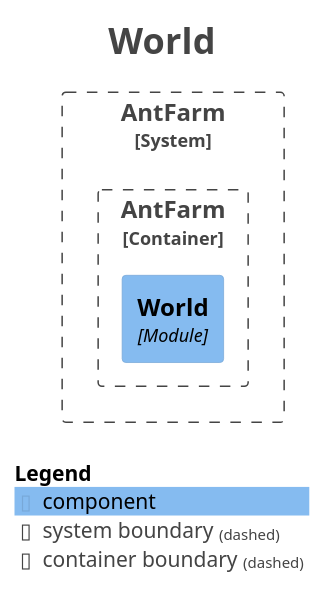
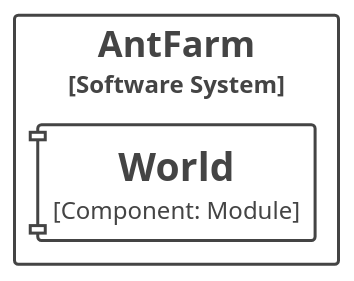
The diagram in src/main/resources/static/docs/module-world.puml (BlockCat/ddd-ants), drawn with PlantUML before and after one commit. The commit also changed 57 other files, not shown here.

```diff
--- a/src/main/resources/static/docs/module-world.puml
+++ b/src/main/resources/static/docs/module-world.puml
@@ -1,27 +1,45 @@
 @startuml
-title <size:24>World</size>
 
 set separator none
 top to bottom direction
+hide stereotype
+
+skinparam {
+  componentStyle uml1
+}
 
 <style>
   root {
-    BackgroundColor: #ffffff
-    FontColor: #444444
+    BackgroundColor: #ffffff;
+    FontColor: #444444;
+  }
+  // Element,Component
+  .Element-RWxlbWVudCxDb21wb25lbnQ= {
+    BackgroundColor: #ffffff;
+    LineColor: #444444;
+    LineStyle: 0;
+    LineThickness: 2;
+    FontColor: #444444;
+    FontSize: 24;
+    HorizontalAlignment: center;
+    Shadowing: 0;
+    MaximumWidth: 450;
+  }
+  // AntFarm
+  .Boundary-QW50RmFybQ== {
+    BackgroundColor: #ffffff;
+    LineColor: #444444;
+    LineStyle: 0;
+    LineThickness: 2;
+    FontColor: #444444;
+    FontSize: 24;
+    HorizontalAlignment: center;
+    Shadowing: 0;
   }
 </style>
 
-!include <C4/C4>
-!include <C4/C4_Context>
-!include <C4/C4_Component>
-
-System_Boundary("AntFarm_boundary", "AntFarm", $tags="") {
-  Container_Boundary("AntFarm.AntFarm_boundary", "AntFarm", $tags="") {
-    Component(AntFarm.AntFarm.World, "World", $techn="Module", $descr="", $tags="", $link="")
-  }
-
+rectangle "AntFarm\n<size:16>[Software System]</size>" <<Boundary-QW50RmFybQ==>> {
+  component "==World\n<size:16>[Component: Module]</size>" <<Element-RWxlbWVudCxDb21wb25lbnQ=>> as AntFarm.AntFarm.World
 }
 
-SHOW_LEGEND(true)
-hide stereotypes
 @enduml
```
